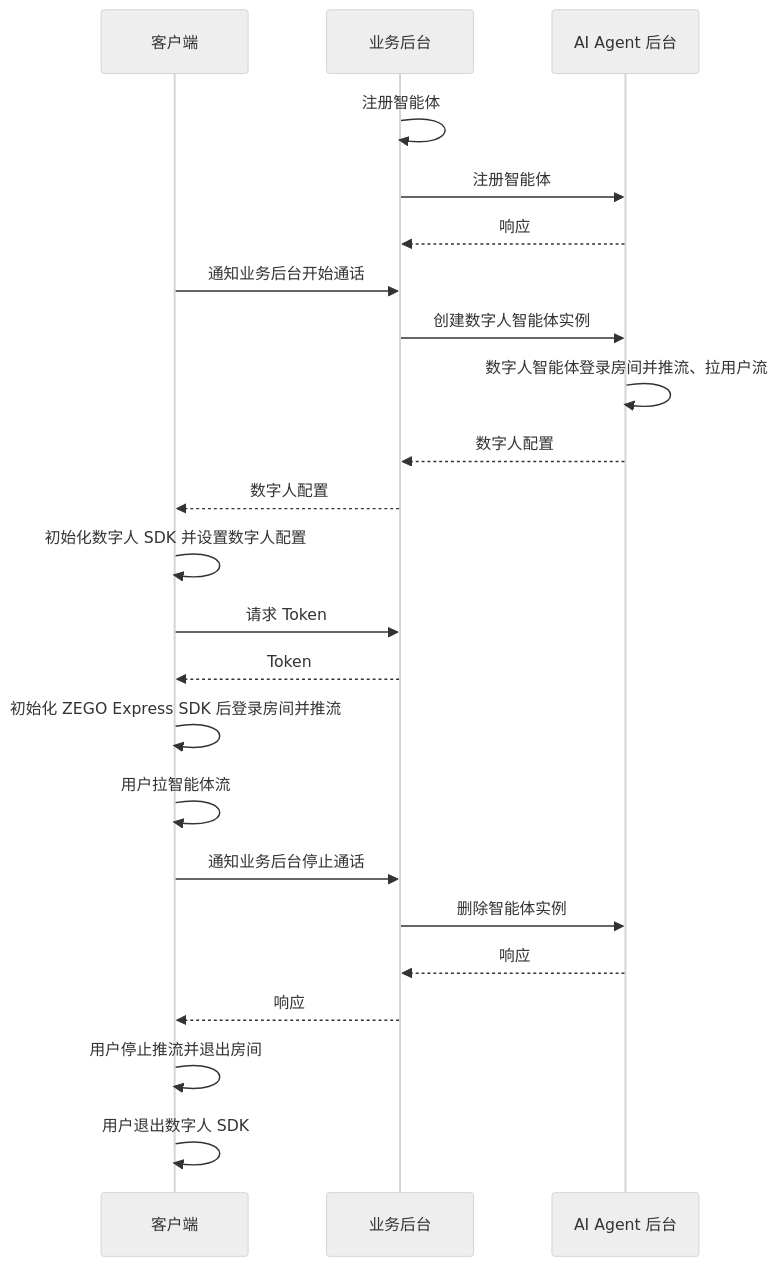
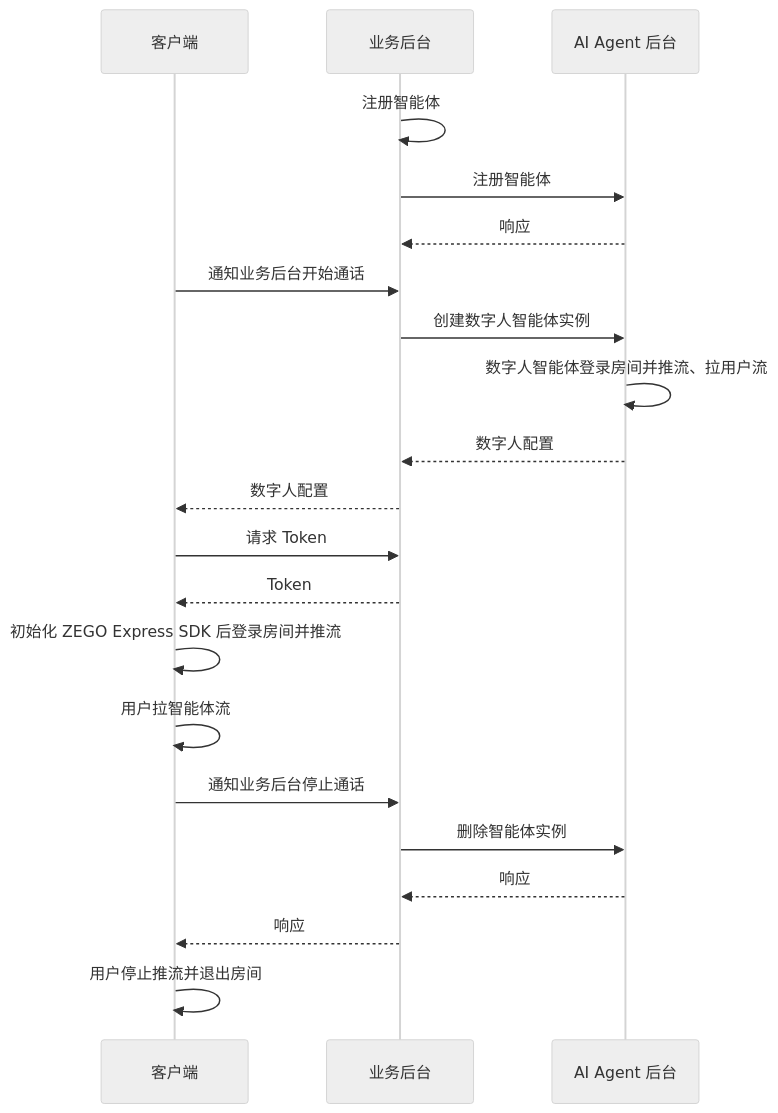
Before and after one commit to ZEGOCLOUD/docs_all: the second of 2 diagrams in core_products/aiagent/zh/android/quick-start-with-digital-human.mdx, drawn with Mermaid (neutral theme). The commit also changed other lines of this file and 4 other files, not shown here.

````diff
--- a/core_products/aiagent/zh/android/quick-start-with-digital-human.mdx
+++ b/core_products/aiagent/zh/android/quick-start-with-digital-human.mdx
@@ -142,33 +142,30 @@
 ```mermaid
 sequenceDiagram
     participant 客户端
     participant 业务后台
     participant AI Agent 后台
 
     业务后台->>业务后台: 注册智能体
     业务后台->>AI Agent 后台: 注册智能体
     AI Agent 后台-->>业务后台: 响应
 
     客户端->>业务后台: 通知业务后台开始通话
     业务后台->>AI Agent 后台: 创建数字人智能体实例
     AI Agent 后台->>AI Agent 后台: 数字人智能体登录房间并推流、拉用户流
     AI Agent 后台-->>业务后台: 数字人配置
     业务后台-->>客户端: 数字人配置
 
-    客户端->>客户端: 初始化数字人 SDK 并设置数字人配置
-
     客户端->>业务后台: 请求 Token
     业务后台-->>客户端: Token
 
     客户端->>客户端: 初始化 ZEGO Express SDK 后登录房间并推流
 
     客户端->>客户端: 用户拉智能体流
 
     客户端->>业务后台: 通知业务后台停止通话
     业务后台->>AI Agent 后台: 删除智能体实例
     AI Agent 后台-->>业务后台: 响应
     业务后台-->>客户端: 响应
 
     客户端->>客户端: 用户停止推流并退出房间
-    客户端->>客户端: 用户退出数字人 SDK
 ```
````
